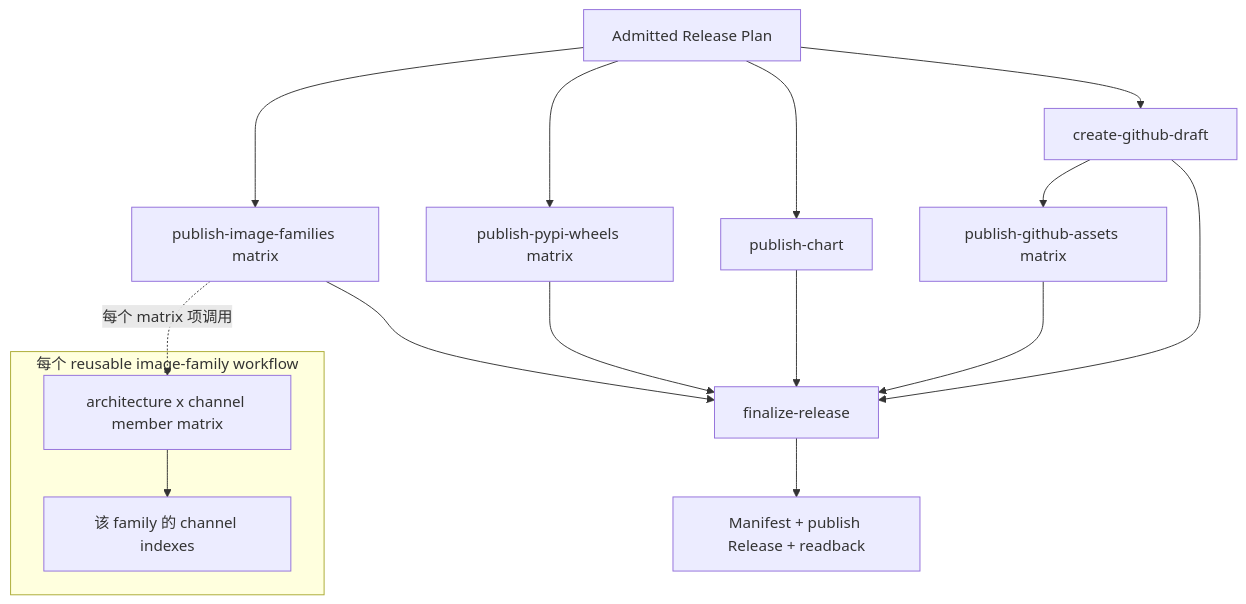
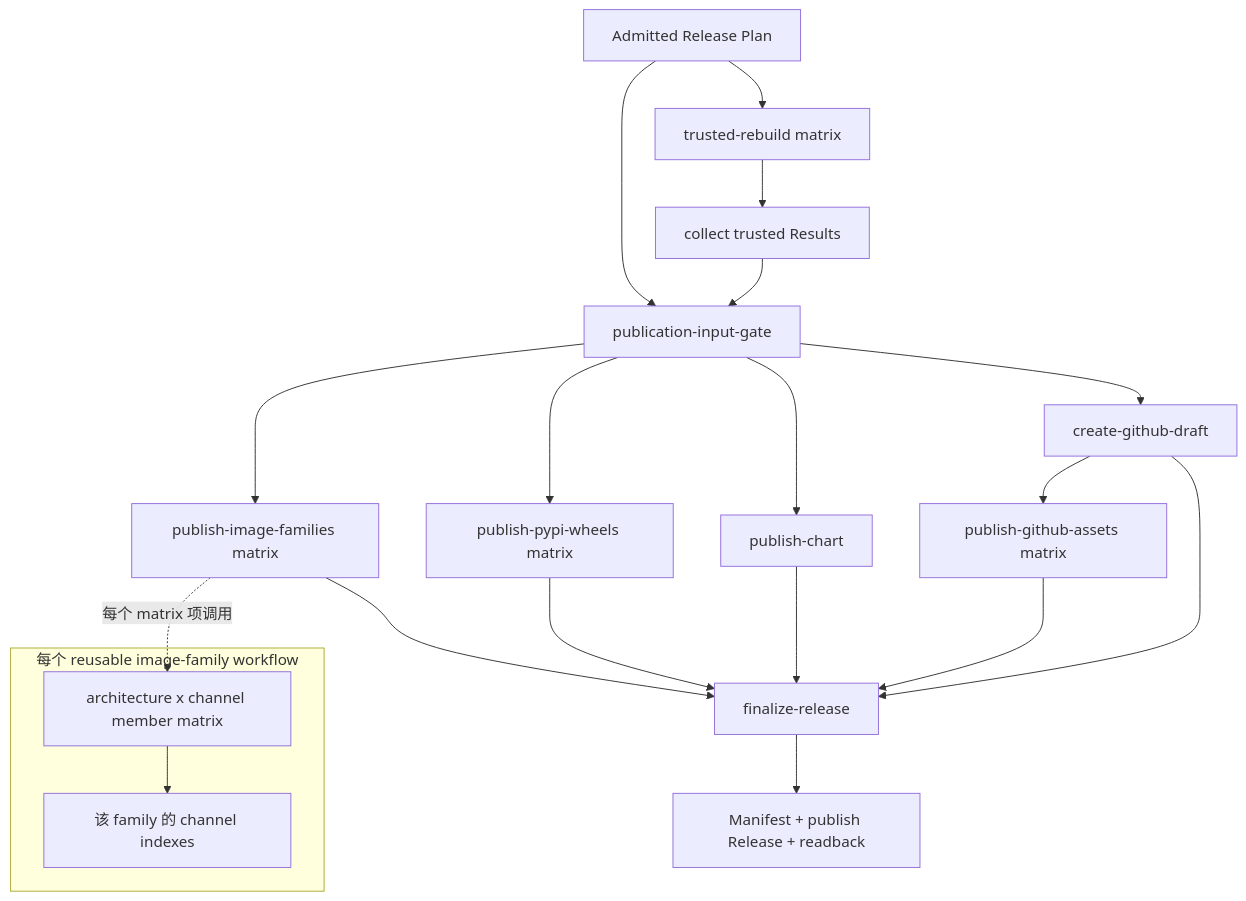
The second of 2 diagrams in docs/superpowers/specs/2026-08-21-ucm-forward-compatible-release-matrix-design.md (SuperMarioYL/unified-cache-management), drawn with Mermaid before and after one commit. The commit also changed other lines of this file, not shown here.

Commit message:
docs(release): close v3 matrix review gaps

````diff
--- a/docs/superpowers/specs/2026-08-21-ucm-forward-compatible-release-matrix-design.md
+++ b/docs/superpowers/specs/2026-08-21-ucm-forward-compatible-release-matrix-design.md
@@ -381,20 +500,24 @@
 ```mermaid
 flowchart TD
-    Admit["Admitted Release Plan"] --> Families["publish-image-families matrix"]
-    Admit --> PyPI["publish-pypi-wheels matrix"]
-    Admit --> Chart["publish-chart"]
-    Admit --> Draft["create-github-draft"]
+    Admit["Admitted Release Plan"] --> Trusted["trusted-rebuild matrix"]
+    Trusted --> Compare["collect trusted Results"]
+    Admit --> Gate["publication-input-gate"]
+    Compare --> Gate
+    Gate --> Families["publish-image-families matrix"]
+    Gate --> PyPI["publish-pypi-wheels matrix"]
+    Gate --> Chart["publish-chart"]
+    Gate --> Draft["create-github-draft"]
     Draft --> Assets["publish-github-assets matrix"]
 
     subgraph family["每个 reusable image-family workflow"]
         Members["architecture x channel member matrix"] --> Index["该 family 的 channel indexes"]
     end
 
     Families -. "每个 matrix 项调用" .-> Members
     Families --> Final["finalize-release"]
     PyPI --> Final
     Chart --> Final
     Assets --> Final
     Draft --> Final
     Final --> Manifest["Manifest + publish Release + readback"]
 ```
````
